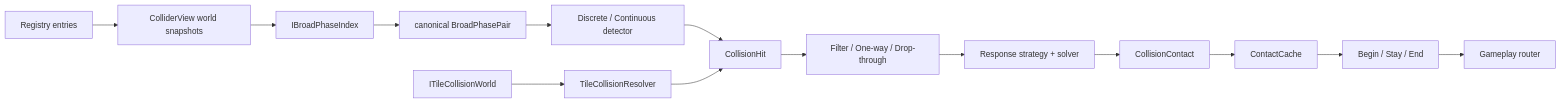
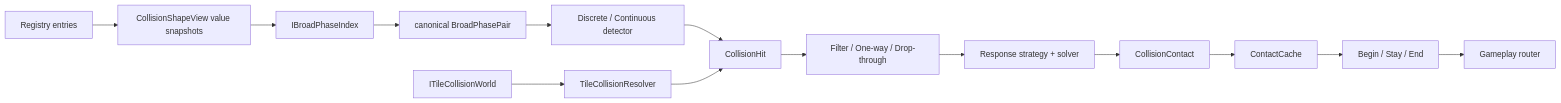
One commit to Akil0814/ElysiaEngine changed the third of 3 diagrams in docs/subsystems/physics/02-target-architecture.md. Above: the diagram before and after it, drawn with Mermaid. The commit also changed other lines of this file and 49 other files, not shown here.

````diff
--- a/docs/subsystems/physics/02-target-architecture.md
+++ b/docs/subsystems/physics/02-target-architecture.md
@@ -172,17 +172,17 @@
 ```mermaid
 flowchart LR
-    R[Registry entries] --> V[ColliderView world snapshots]
+    R[Registry entries] --> V[CollisionShapeView value snapshots]
     V --> B[IBroadPhaseIndex]
     B --> P[canonical BroadPhasePair]
     P --> D[Discrete / Continuous detector]
     D --> H[CollisionHit]
     H --> F[Filter / One-way / Drop-through]
     F --> S[Response strategy + solver]
     S --> C[CollisionContact]
     C --> K[ContactCache]
     K --> E[Begin / Stay / End]
     E --> G[Gameplay router]
 
     T[ITileCollisionWorld] --> TR[TileCollisionResolver]
     TR --> H
 ```
````
